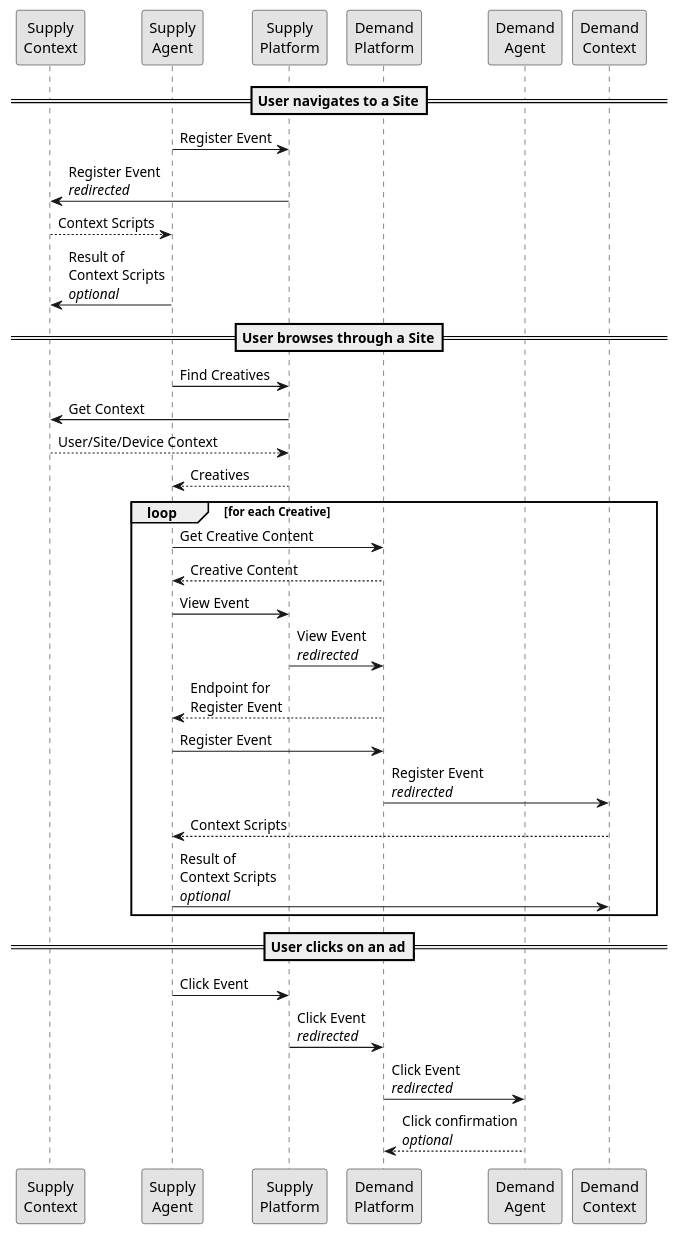
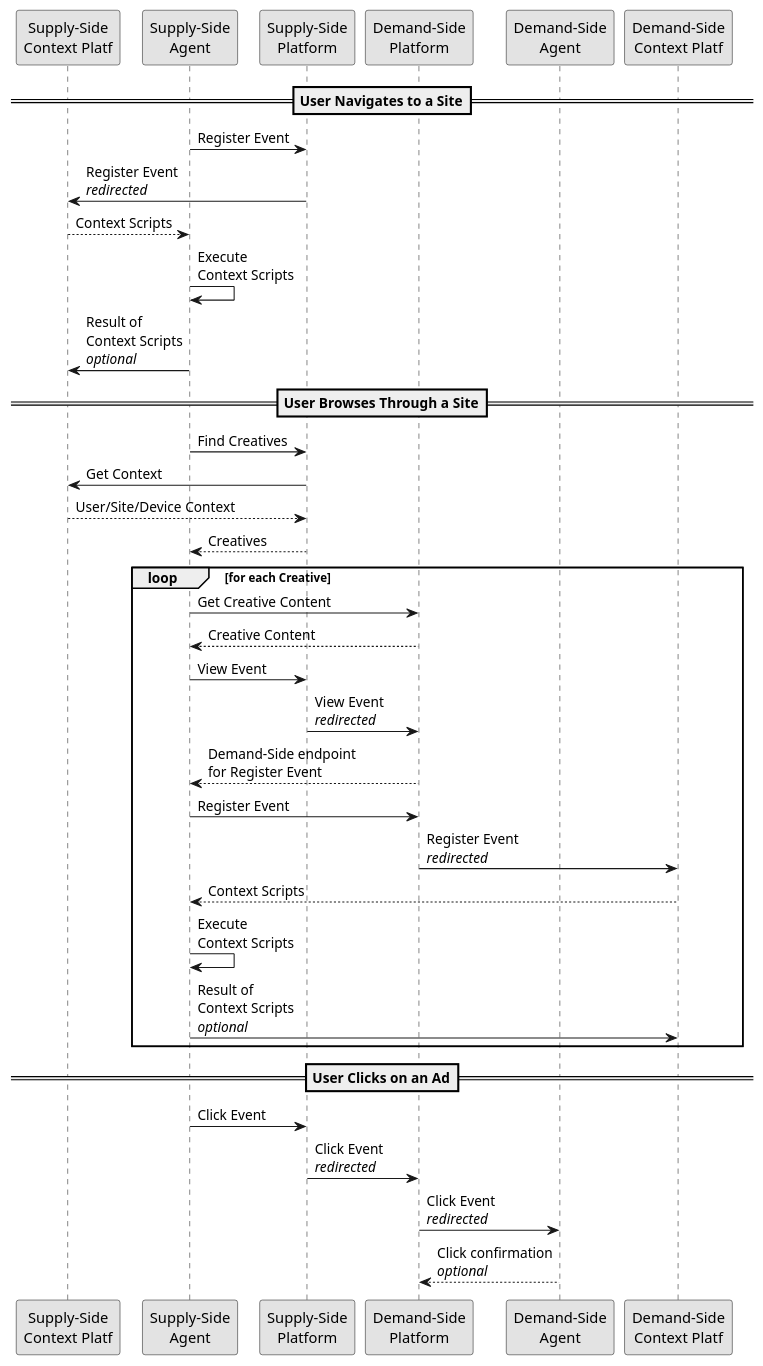
One commit to adshares/adshares-docs changed the diagram in protocol/impressions/index.rst. Above: the diagram before and after it, drawn with PlantUML. The commit also changed other lines of this file and 4 other files, not shown here.

```diff
--- a/protocol/impressions/index.rst
+++ b/protocol/impressions/index.rst
@@ -6,44 +10,46 @@
 .. uml::
     :align: center
 
     skinparam monochrome true
 
-    participant "Supply\nContext"      as SCP
-    participant "Supply\nAgent"        as SSA
-    participant "Supply\nPlatform"     as SSP
-    participant "Demand\nPlatform"     as DSP
-    participant "Demand\nAgent"        as DSA
-    participant "Demand\nContext"      as DCP
+    participant "Supply-Side\nContext Platf"    as SSCP
+    participant "Supply-Side\nAgent"            as SSA
+    participant "Supply-Side\nPlatform"         as SSP
+    participant "Demand-Side\nPlatform"         as DSP
+    participant "Demand-Side\nAgent"            as DSA
+    participant "Demand-Side\nContext Platf"    as DSCP
 
-    ==User navigates to a Site==
+    ==User Navigates to a Site==
 
     SSA -> SSP : Register Event
-    SSP -> SCP : Register Event\n//redirected//
-    SCP --> SSA: Context Scripts
-    SSA -> SCP: Result of\nContext Scripts\n//optional//
+    SSP -> SSCP : Register Event\n//redirected//
+    SSCP --> SSA: Context Scripts
+    SSA -> SSA: Execute\nContext Scripts
+    SSA -> SSCP: Result of\nContext Scripts\n//optional//
 
-    ==User browses through a Site==
+    ==User Browses Through a Site==
 
     SSA -> SSP : Find Creatives
-    SSP -> SCP : Get Context
-    SCP --> SSP : User/Site/Device Context
+    SSP -> SSCP : Get Context
+    SSCP --> SSP : User/Site/Device Context
     SSP --> SSA : Creatives
 
     loop for each Creative
         SSA -> DSP : Get Creative Content
         DSP --> SSA : Creative Content
         SSA -> SSP : View Event
         SSP -> DSP: View Event\n//redirected//
-        DSP --> SSA: Endpoint for\nRegister Event
+        DSP --> SSA: Demand-Side endpoint\nfor Register Event
         SSA -> DSP : Register Event
-        DSP -> DCP: Register Event\n//redirected//
-        DCP --> SSA: Context Scripts
-        SSA -> DCP: Result of\nContext Scripts\n//optional//
+        DSP -> DSCP: Register Event\n//redirected//
+        DSCP --> SSA: Context Scripts
+        SSA -> SSA: Execute\nContext Scripts
+        SSA -> DSCP: Result of\nContext Scripts\n//optional//
     end
     
-    ==User clicks on an ad==
+    ==User Clicks on an Ad==
 
     SSA -> SSP : Click Event
     SSP -> DSP : Click Event\n//redirected//
     DSP -> DSA : Click Event\n//redirected//
     DSA --> DSP: Click confirmation\n//optional//
```
